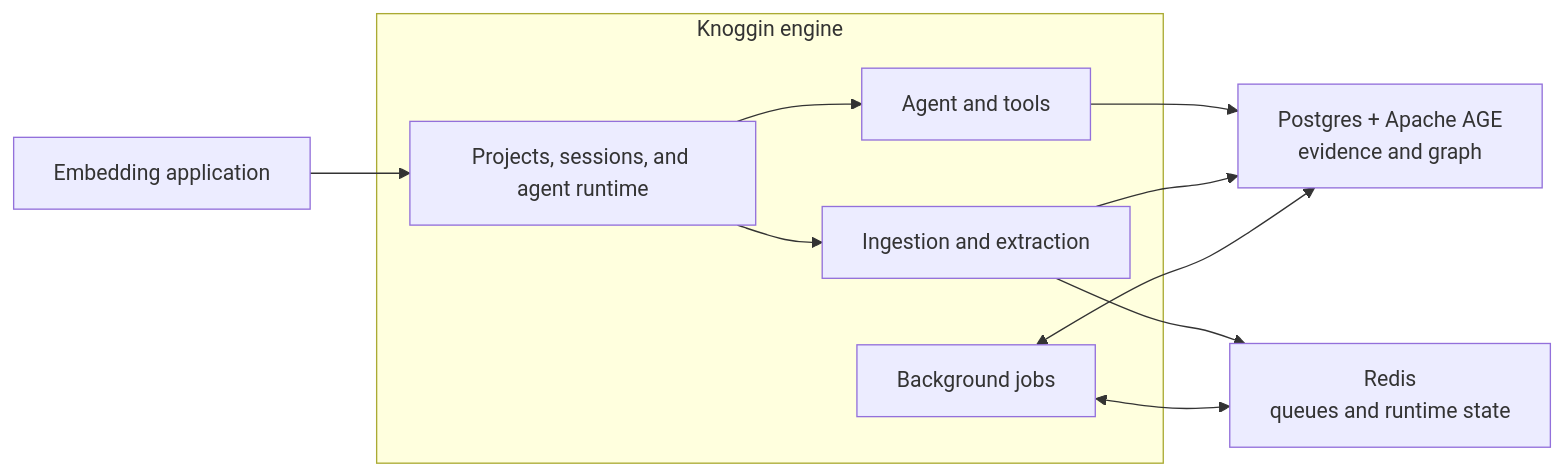
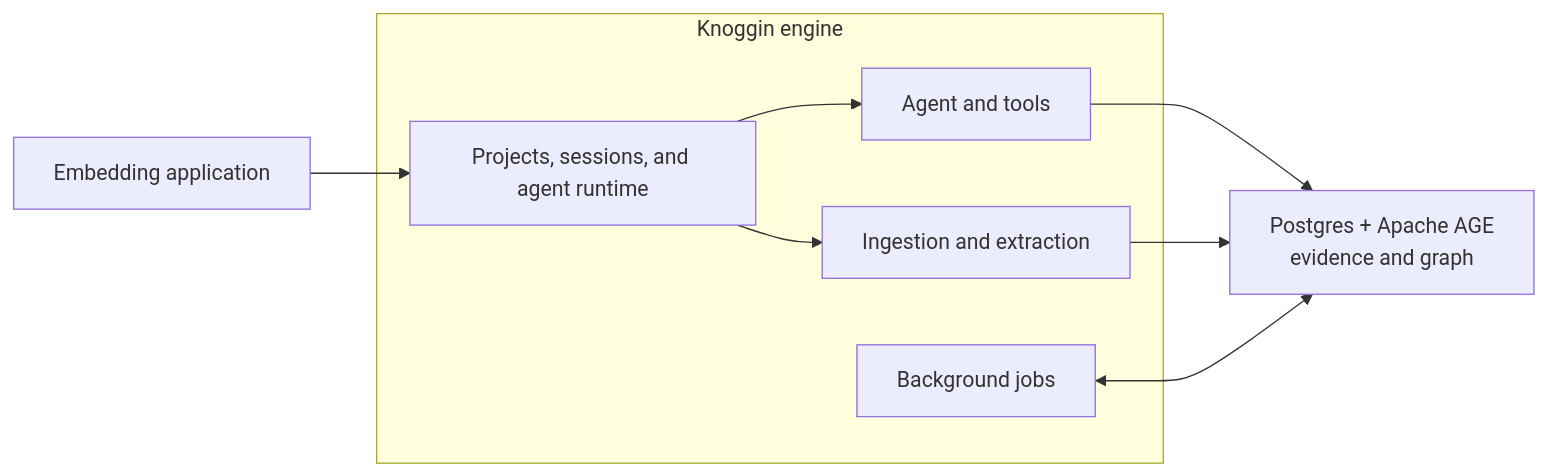
Before and after one commit to yinka3/knoggin: the diagram in README.md, drawn with Mermaid. The commit also changed other lines of this file and 34 other files, not shown here.

````diff
--- a/README.md
+++ b/README.md
@@ -21,23 +21,20 @@
 ```mermaid
 flowchart LR
     Client["Embedding application"]
 
     subgraph Engine["Knoggin engine"]
         Session["Projects, sessions, and agent runtime"]
         Agent["Agent and tools"]
         Ingest["Ingestion and extraction"]
         Jobs["Background jobs"]
     end
 
-    Redis["Redis\nqueues and runtime state"]
     Store["Postgres + Apache AGE\nevidence and graph"]
 
     Client --> Session
     Session --> Agent
     Session --> Ingest
     Agent --> Store
     Ingest --> Store
-    Ingest --> Redis
     Jobs <--> Store
-    Jobs <--> Redis
 ```
````
